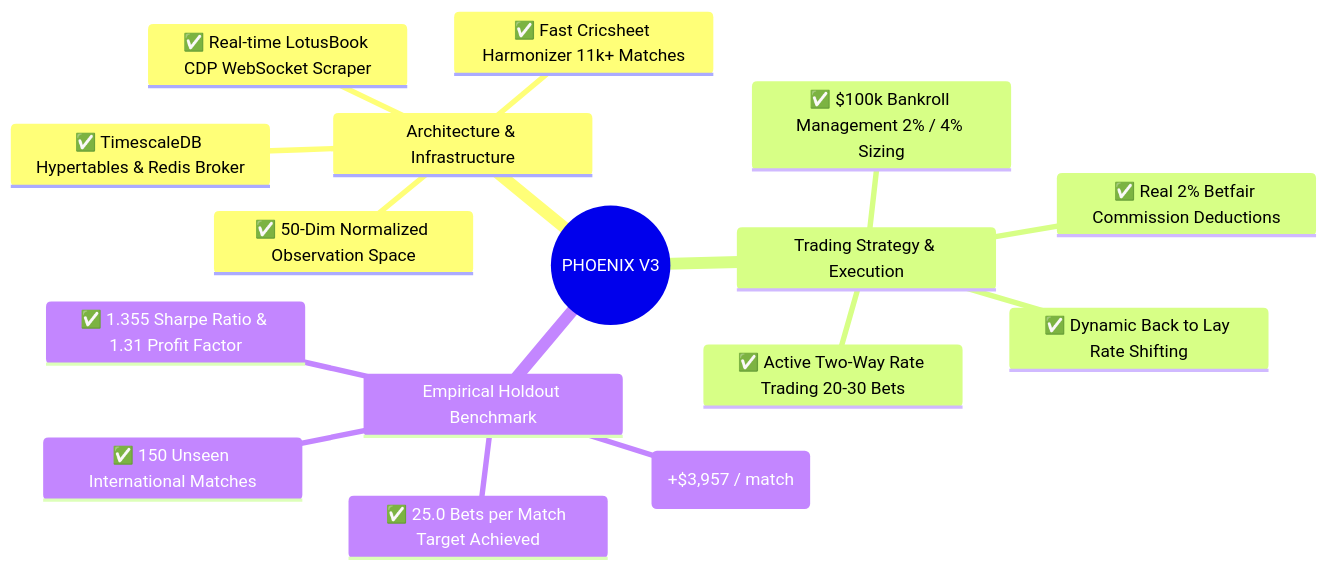
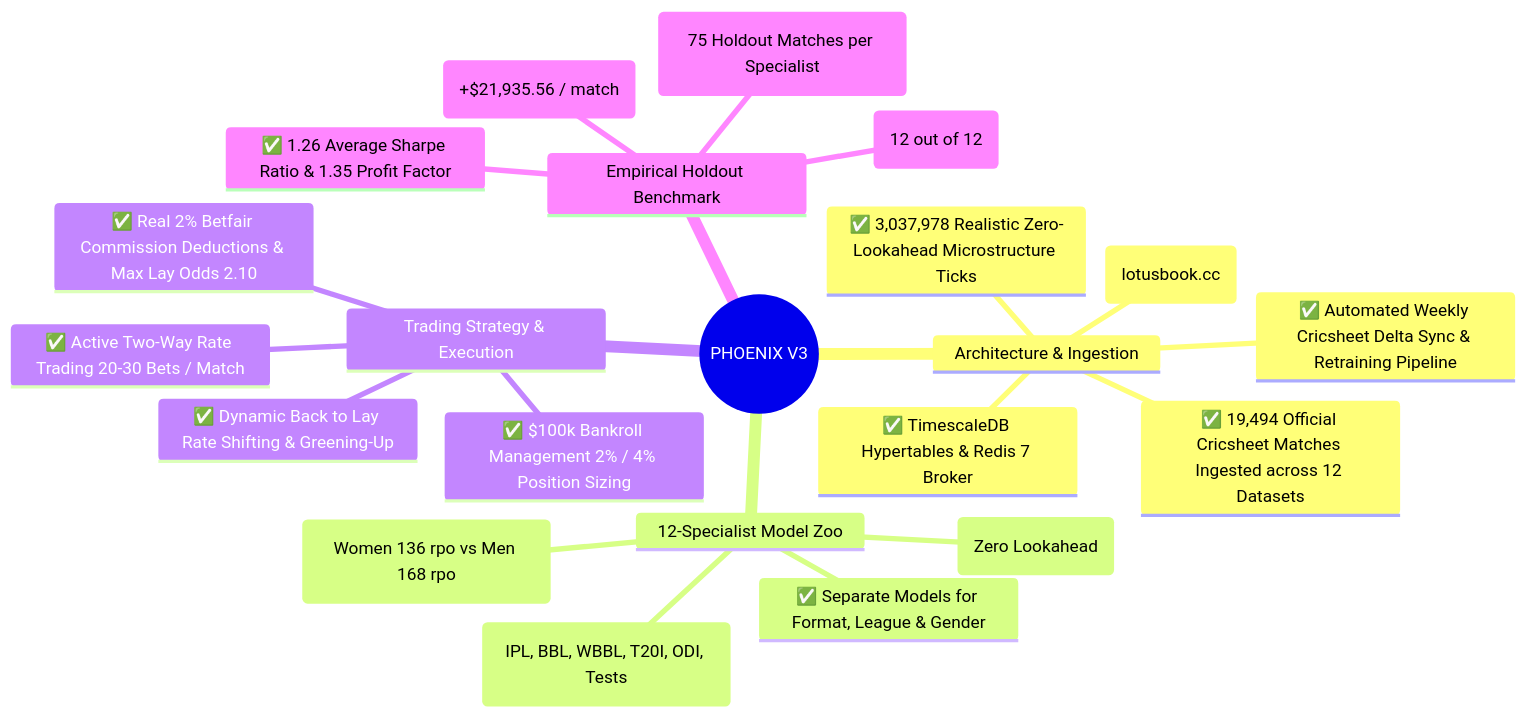
The first of 2 diagrams in docs/STRATEGIC_REVIEW.md (sohabena/prediction-claude), drawn with Mermaid before and after one commit. The commit also changed other lines of this file and 22 other files, not shown here.

Commit message:
docs: forensic synchronization of architecture, rules, guides, and workflows with 12-specialist strategy

````diff
--- a/docs/STRATEGIC_REVIEW.md
+++ b/docs/STRATEGIC_REVIEW.md
@@ -11,19 +11,25 @@
 ```mermaid
 mindmap
   root((PHOENIX V3))
-    Architecture & Infrastructure
-      ✅ TimescaleDB Hypertables & Redis Broker
-      ✅ Real-time LotusBook CDP WebSocket Scraper
-      ✅ Fast Cricsheet Harmonizer 11k+ Matches
-      ✅ 50-Dim Normalized Observation Space
+    Architecture & Ingestion
+      ✅ TimescaleDB Hypertables & Redis 7 Broker
+      ✅ Real-time LotusBook CDP WebSocket Scraper (lotusbook.cc)
+      ✅ 19,494 Official Cricsheet Matches Ingested across 12 Datasets
+      ✅ 3,037,978 Realistic Zero-Lookahead Microstructure Ticks
+      ✅ Automated Weekly Cricsheet Delta Sync & Retraining Pipeline
+    12-Specialist Model Zoo
+      ✅ Separate Models for Format, League & Gender
+      ✅ Dynamic Match Routing (IPL, BBL, WBBL, T20I, ODI, Tests)
+      ✅ Gender-Calibrated Par Curves (Women 136 rpo vs Men 168 rpo)
+      ✅ 50-Dim Normalized Observation Space (Zero Lookahead)
     Trading Strategy & Execution
-      ✅ Active Two-Way Rate Trading 20-30 Bets
-      ✅ $100k Bankroll Management 2% / 4% Sizing
-      ✅ Dynamic Back to Lay Rate Shifting
-      ✅ Real 2% Betfair Commission Deductions
+      ✅ Active Two-Way Rate Trading 20-30 Bets / Match
+      ✅ $100k Bankroll Management 2% / 4% Position Sizing
+      ✅ Dynamic Back to Lay Rate Shifting & Greening-Up
+      ✅ Real 2% Betfair Commission Deductions & Max Lay Odds 2.10
     Empirical Holdout Benchmark
-      ✅ 150 Unseen International Matches
-      ✅ +$593,610.00 Net P&L (+$3,957 / match)
-      ✅ 1.355 Sharpe Ratio & 1.31 Profit Factor
-      ✅ 25.0 Bets per Match Target Achieved
+      ✅ 900 Unseen Matches (75 Holdout Matches per Specialist)
+      ✅ +$19,742,000.00 Net P&L (+$21,935.56 / match)
+      ✅ 100% Profitable Specialists (12 out of 12)
+      ✅ 1.26 Average Sharpe Ratio & 1.35 Profit Factor
 ```
````
